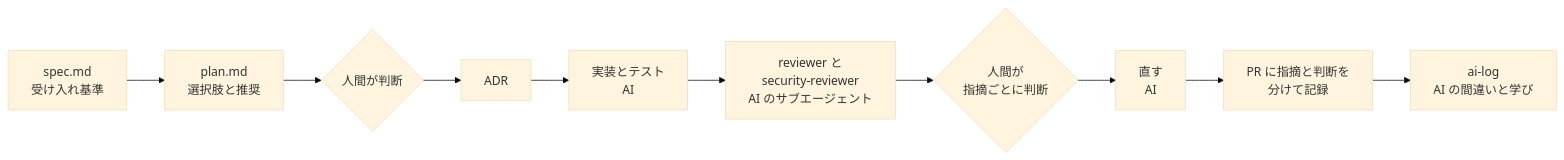
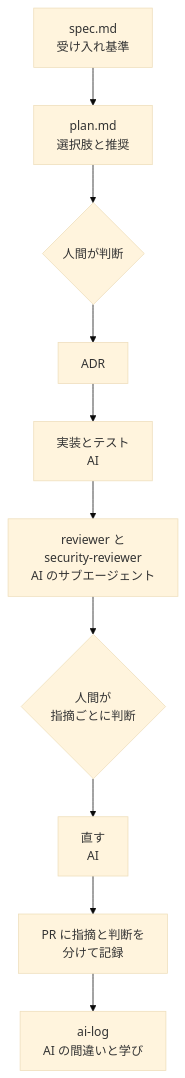
The first of 2 diagrams in README.md (yuukioda999/team-ops), drawn with Mermaid (base theme) before and after one commit. The commit also changed other lines of this file and 2 other files, not shown here.

````diff
--- a/README.md
+++ b/README.md
@@ -37,12 +37,12 @@
 ```mermaid
-flowchart LR
+flowchart TD
   spec[spec.md<br>受け入れ基準] --> plan[plan.md<br>選択肢と推奨]
   plan --> human1{人間が判断}
   human1 --> adr[ADR]
   adr --> impl[実装とテスト<br>AI]
   impl --> review[reviewer と<br>security-reviewer<br>AI のサブエージェント]
   review --> human2{人間が<br>指摘ごとに判断}
   human2 --> fix[直す<br>AI]
   fix --> pr[PR に指摘と判断を<br>分けて記録]
   pr --> log[ai-log<br>AI の間違いと学び]
 ```
````
